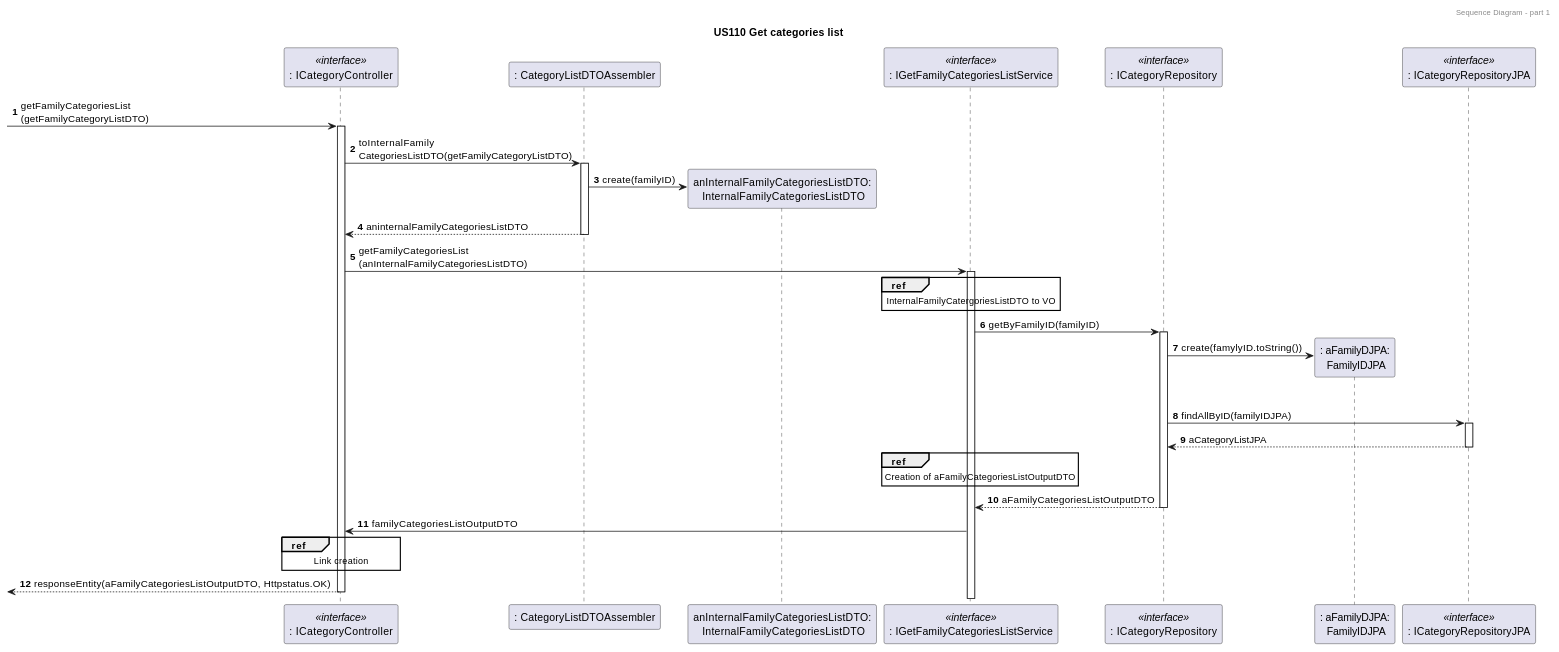
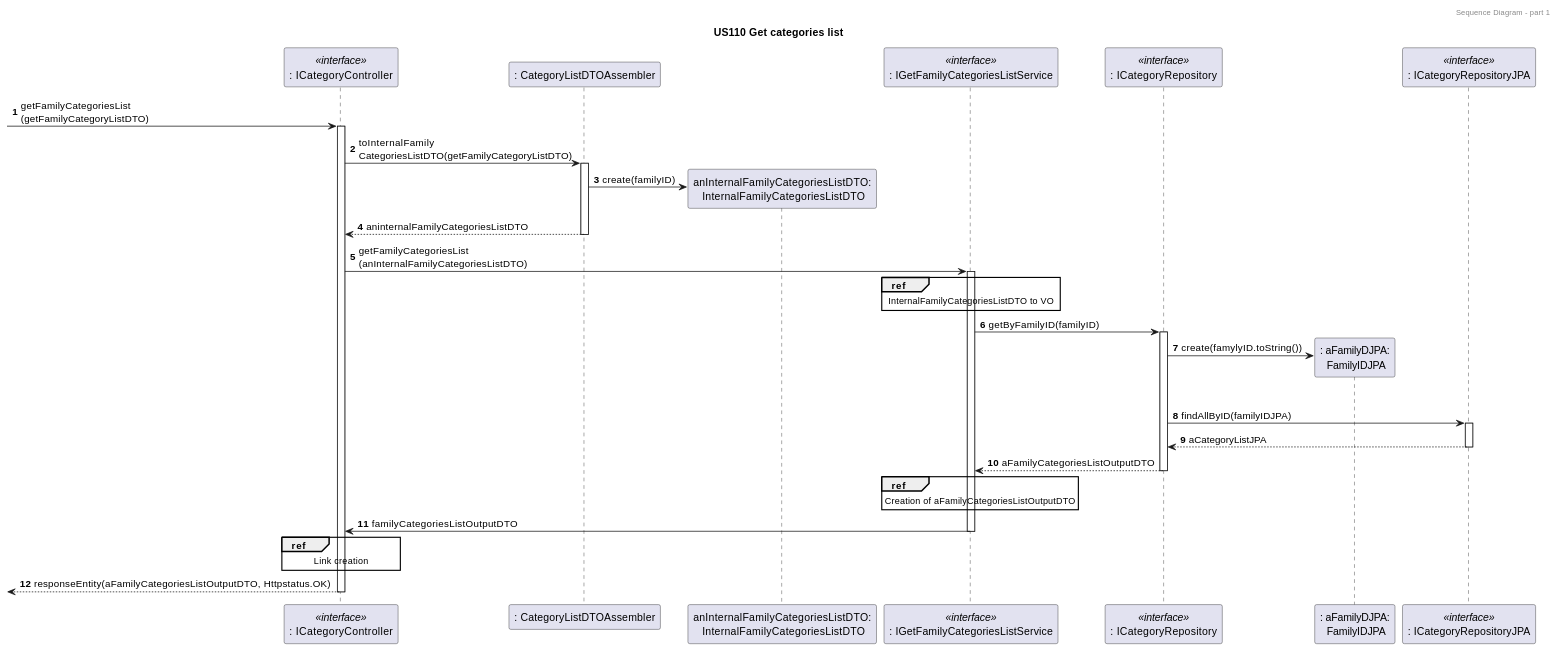
One commit to tomas-osswald/switch_2020_g3 changed the fourth of 6 diagrams in docs/sprint6/US110_GetCategoriesList.md. Above: the diagram before and after it, drawn with PlantUML. The commit also changed 1 other file, not shown here.

Commit message:
minor changes

`````diff
--- a/docs/sprint6/US110_GetCategoriesList.md
+++ b/docs/sprint6/US110_GetCategoriesList.md
@@ -245,59 +245,61 @@
 ````puml
 @startuml
 
 autonumber
 header Sequence Diagram - part 1
 title US110 Get categories list
 
 
 participant ": ICategoryController" as controller <<interface>>
 participant ": CategoryListDTOAssembler" as assembler
 participant "anInternalFamilyCategoriesListDTO:\n InternalFamilyCategoriesListDTO" as internalFamilyCategoriesListDTO
 participant ": IGetFamilyCategoriesListService" as service <<interface>>
 participant ": ICategoryRepository" as repository <<interface>>
 participant ": aFamilyDJPA:\n FamilyIDJPA" as familyIDJPA
 participant ": ICategoryRepositoryJPA" as repoJPA <<interface>>
 
 -> controller : getFamilyCategoriesList\n(getFamilyCategoryListDTO)
 activate controller
 controller -> assembler : toInternalFamily\nCategoriesListDTO(getFamilyCategoryListDTO)
 activate assembler
 assembler -> internalFamilyCategoriesListDTO** : create(familyID)
 return aninternalFamilyCategoriesListDTO
 controller -> service : getFamilyCategoriesList\n(anInternalFamilyCategoriesListDTO)
 activate service
 
 ref over service
-InternalFamilyCatergoriesListDTO to VO
+InternalFamilyCategoriesListDTO to VO
 end
 
 service -> repository : getByFamilyID(familyID)
 
 activate repository
 repository -> familyIDJPA** : create(famylyID.toString())
 loop while 
 repository -> repoJPA : findAllByID(familyIDJPA)
 
 activate repoJPA 
 return aCategoryListJPA
 
 'ref over repository 
 'Creation of aCategoryList
 'end
 'end
 'return aCategoryList
 
+return aFamilyCategoriesListOutputDTO
 ref over service
 Creation of aFamilyCategoriesListOutputDTO
 end 
-return aFamilyCategoriesListOutputDTO
+
 service -> controller : familyCategoriesListOutputDTO
+deactivate service
 ref over controller
 Link creation
 end
 
 <-- controller : responseEntity(aFamilyCategoriesListOutputDTO, Httpstatus.OK)
 deactivate controller
 
 @enduml
 ````
`````
